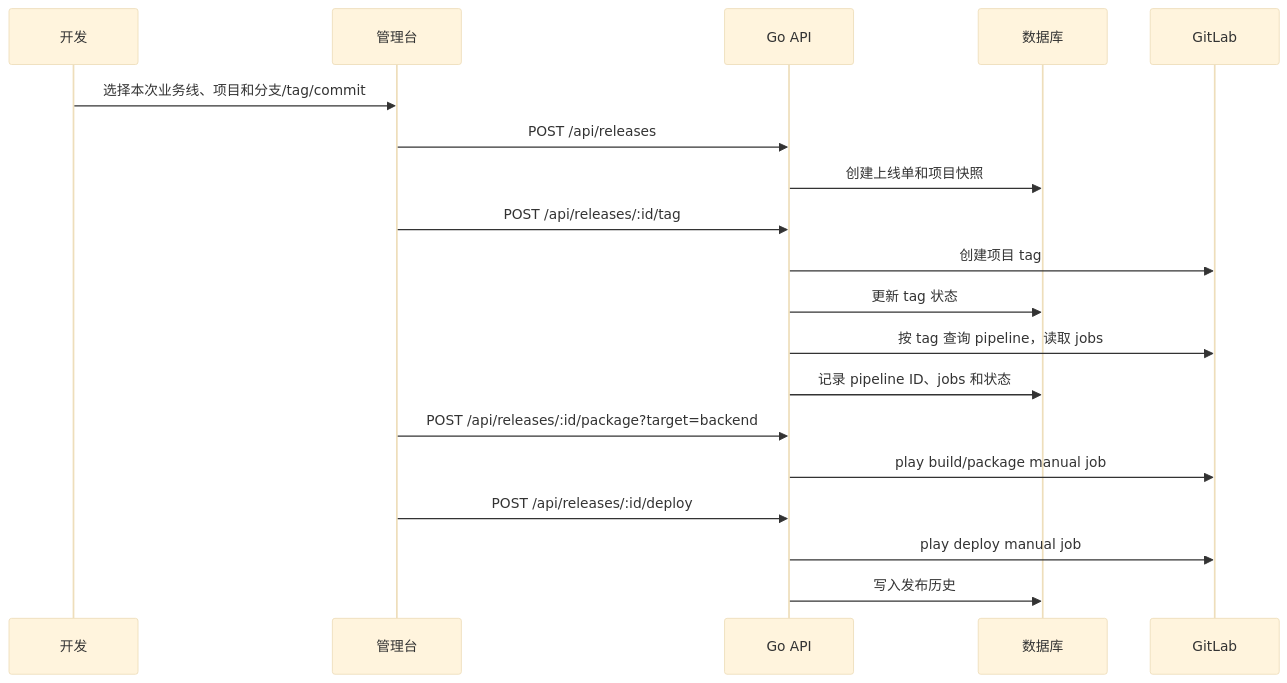
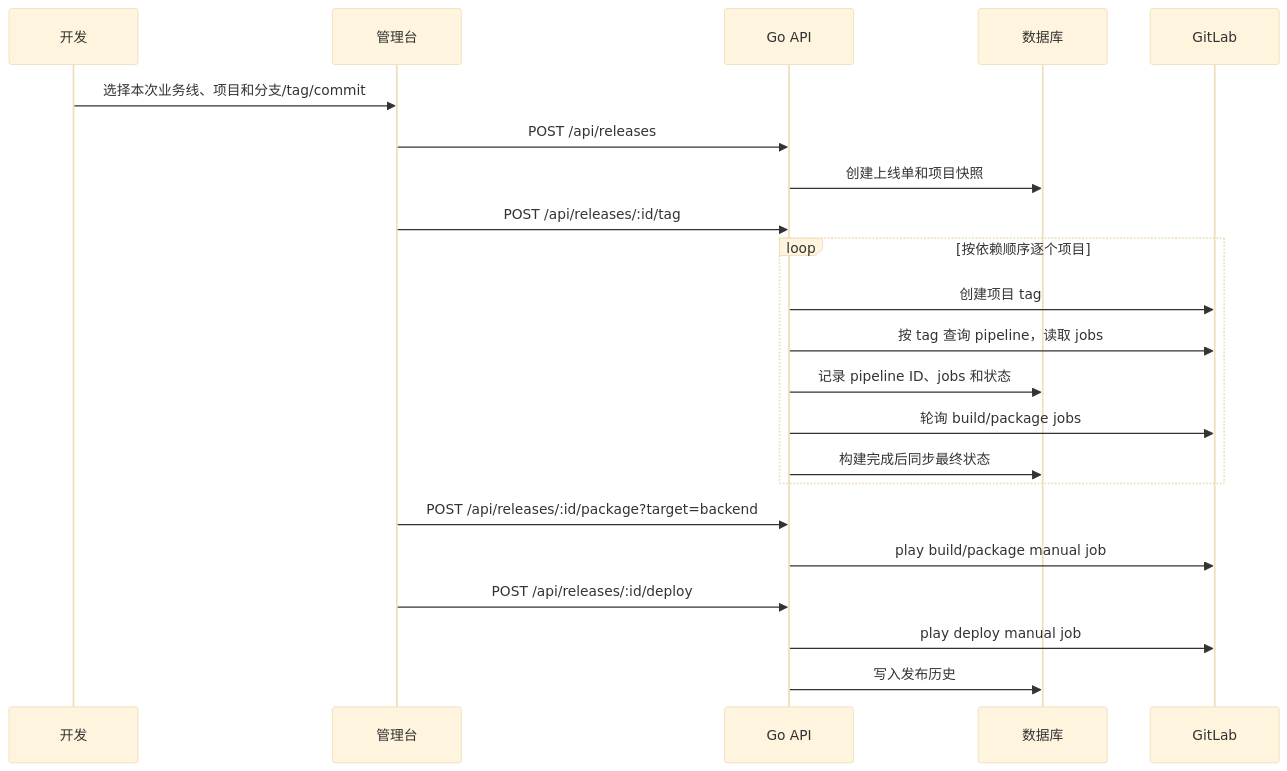
One commit to jktest709-arch/delivery-platform changed the second of 2 diagrams in docs/architecture.md. Above: the diagram before and after it, drawn with Mermaid (base theme). The commit also changed other lines of this file and 7 other files, not shown here.

````diff
--- a/docs/architecture.md
+++ b/docs/architecture.md
@@ -38,22 +38,25 @@
 ```mermaid
 sequenceDiagram
   participant Dev as 开发
   participant Web as 管理台
   participant API as Go API
   participant DB as 数据库
   participant GL as GitLab
 
   Dev->>Web: 选择本次业务线、项目和分支/tag/commit
   Web->>API: POST /api/releases
   API->>DB: 创建上线单和项目快照
   Web->>API: POST /api/releases/:id/tag
-  API->>GL: 创建项目 tag
-  API->>DB: 更新 tag 状态
-  API->>GL: 按 tag 查询 pipeline，读取 jobs
-  API->>DB: 记录 pipeline ID、jobs 和状态
+  loop 按依赖顺序逐个项目
+    API->>GL: 创建项目 tag
+    API->>GL: 按 tag 查询 pipeline，读取 jobs
+    API->>DB: 记录 pipeline ID、jobs 和状态
+    API->>GL: 轮询 build/package jobs
+    API->>DB: 构建完成后同步最终状态
+  end
   Web->>API: POST /api/releases/:id/package?target=backend
   API->>GL: play build/package manual job
   Web->>API: POST /api/releases/:id/deploy
   API->>GL: play deploy manual job
   API->>DB: 写入发布历史
 ```
````
